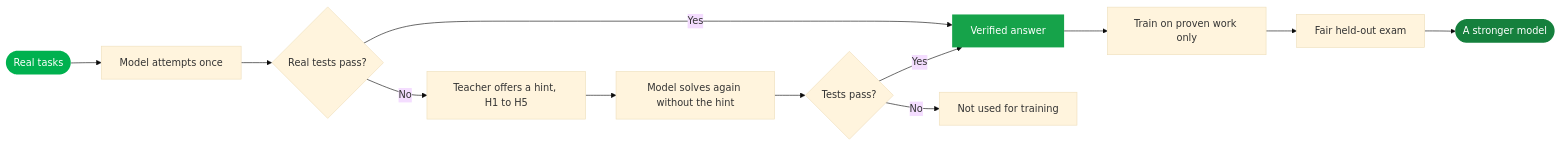
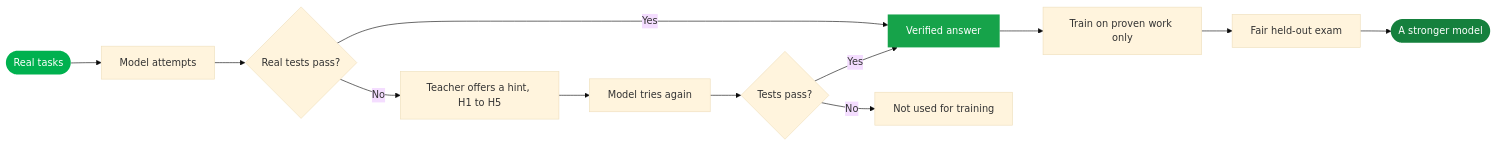
Before and after one commit to Zenix-Developers/VeriTrainer-Showcase: the first of 5 diagrams in README.md, drawn with Mermaid (base theme). The commit also changed other lines of this file, not shown here.

````diff
--- a/README.md
+++ b/README.md
@@ -28,17 +28,17 @@
 ```mermaid
 flowchart LR
-    A([Real tasks]) --> B[Model attempts once]
+    A([Real tasks]) --> B[Model attempts]
     B --> C{Real tests pass?}
     C -- Yes --> G[Verified answer]
     C -- No --> D[Teacher offers a hint, H1 to H5]
-    D --> E[Model solves again without the hint]
+    D --> E[Model tries again]
     E --> F{Tests pass?}
     F -- Yes --> G
     F -- No --> H[Not used for training]
     G --> I[Train on proven work only]
     I --> J[Fair held-out exam]
     J --> K([A stronger model])
     style A fill:#00b14f,color:#fff,stroke:none
     style G fill:#16a34a,color:#fff,stroke:none
     style K fill:#15803d,color:#fff,stroke:none
 ```
````
